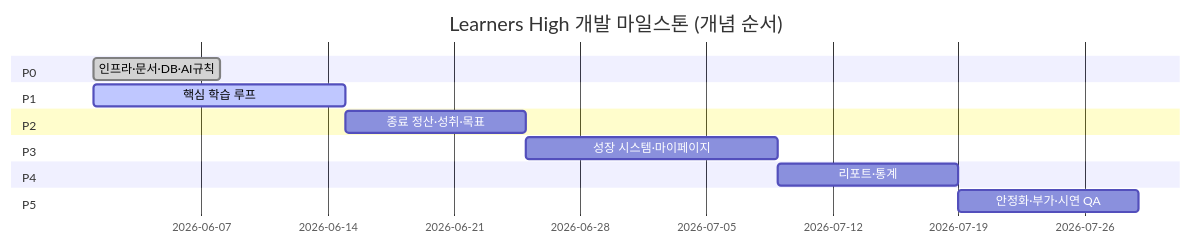
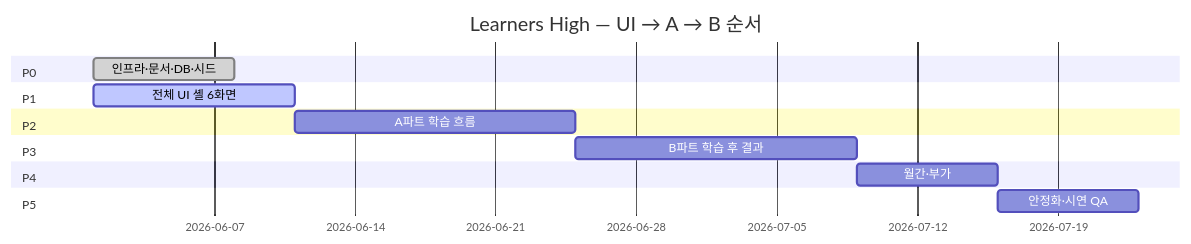
The second of 3 diagrams in docs/milestones.md (kangyeon9525/learnersHigh), drawn with Mermaid before and after one commit. The commit also changed other lines of this file and 82 other files, not shown here.

````diff
--- a/docs/milestones.md
+++ b/docs/milestones.md
@@ -12,17 +41,17 @@
 ```mermaid
 gantt
-    title Learners High 개발 마일스톤 (개념 순서)
+    title Learners High — UI → A → B 순서
     dateFormat YYYY-MM-DD
     section P0
-    인프라·문서·DB·AI규칙     :done, p0, 2026-06-01, 7d
+    인프라·문서·DB·시드           :done, p0, 2026-06-01, 7d
     section P1
-    핵심 학습 루프            :active, p1, 2026-06-01, 14d
+    전체 UI 셸 6화면              :active, p1, 2026-06-01, 10d
     section P2
-    종료 정산·성취·목표       :p2, after p1, 10d
+    A파트 학습 흐름               :p2, after p1, 14d
     section P3
-    성장 시스템·마이페이지    :p3, after p2, 14d
+    B파트 학습 후 결과            :p3, after p2, 14d
     section P4
-    리포트·통계               :p4, after p3, 10d
+    월간·부가                     :p4, after p3, 7d
     section P5
-    안정화·부가·시연 QA       :p5, after p4, 10d
+    안정화·시연 QA                :p5, after p4, 7d
 ```
````
